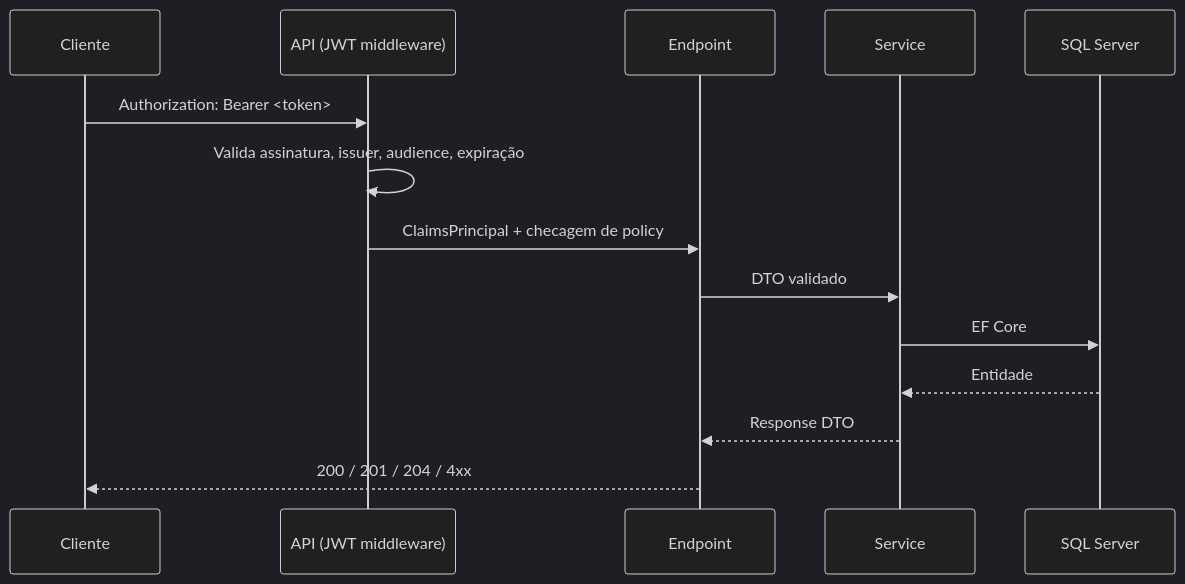
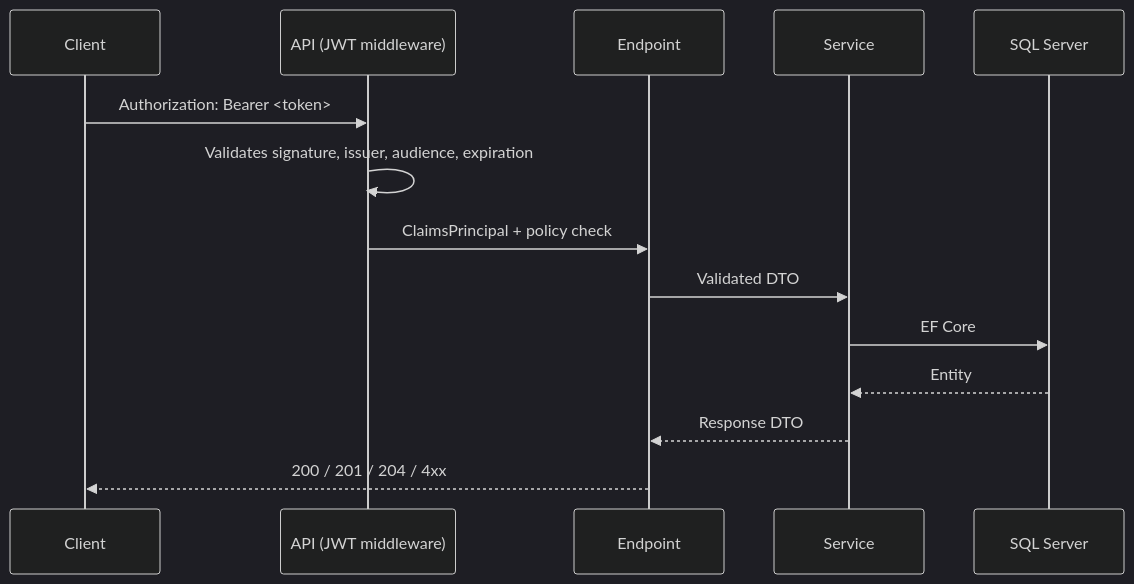
Before and after one commit to gcarvalhomain/Authdoc: the first of 2 diagrams in README.md, drawn with Mermaid (dark theme). The commit also changed other lines of this file, not shown here.

````diff
--- a/README.md
+++ b/README.md
@@ -115,17 +115,17 @@
 ```mermaid
 sequenceDiagram
-    participant C as Cliente
+    participant C as Client
     participant A as API (JWT middleware)
     participant E as Endpoint
     participant S as Service
     participant D as SQL Server
 
     C->>A: Authorization: Bearer <token>
-    A->>A: Valida assinatura, issuer, audience, expiração
-    A->>E: ClaimsPrincipal + checagem de policy
-    E->>S: DTO validado
+    A->>A: Validates signature, issuer, audience, expiration
+    A->>E: ClaimsPrincipal + policy check
+    E->>S: Validated DTO
     S->>D: EF Core
-    D-->>S: Entidade
+    D-->>S: Entity
     S-->>E: Response DTO
     E-->>C: 200 / 201 / 204 / 4xx
 ```
````
